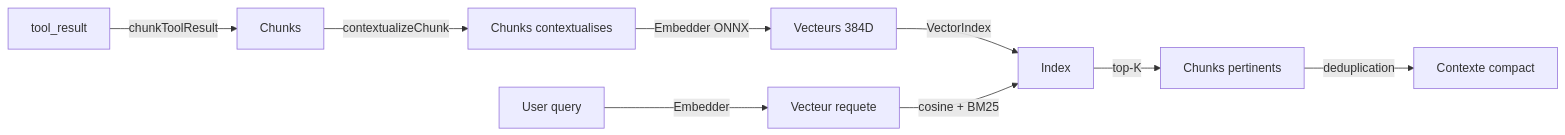
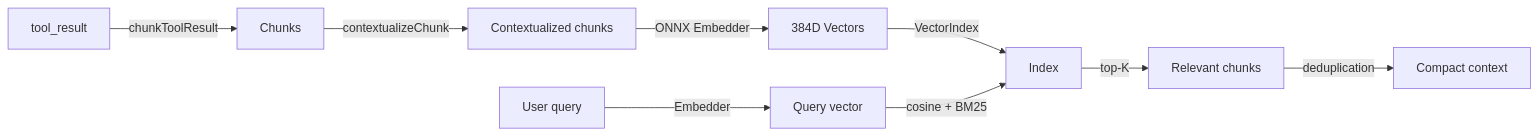
One commit to jeanbaptiste/webmcp-auto-ui changed the third of 3 diagrams in docs/starlight/src/content/docs/packages/agent.mdx. Above: the diagram before and after it, drawn with Mermaid. The commit also changed other lines of this file and 94 other files, not shown here.

````diff
--- a/docs/starlight/src/content/docs/packages/agent.mdx
+++ b/docs/starlight/src/content/docs/packages/agent.mdx
@@ -669,12 +556,12 @@
 ```mermaid
 graph LR
     TR[tool_result] -->|chunkToolResult| CHUNKS[Chunks]
-    CHUNKS -->|contextualizeChunk| CTX[Chunks contextualises]
-    CTX -->|Embedder ONNX| VEC[Vecteurs 384D]
+    CHUNKS -->|contextualizeChunk| CTX[Contextualized chunks]
+    CTX -->|ONNX Embedder| VEC[384D Vectors]
     VEC -->|VectorIndex| INDEX[Index]
 
-    QUERY[User query] -->|Embedder| QVEC[Vecteur requete]
+    QUERY[User query] -->|Embedder| QVEC[Query vector]
     QVEC -->|cosine + BM25| INDEX
-    INDEX -->|top-K| RESULTS[Chunks pertinents]
-    RESULTS -->|deduplication| FINAL[Contexte compact]
+    INDEX -->|top-K| RESULTS[Relevant chunks]
+    RESULTS -->|deduplication| FINAL[Compact context]
 ```
````
